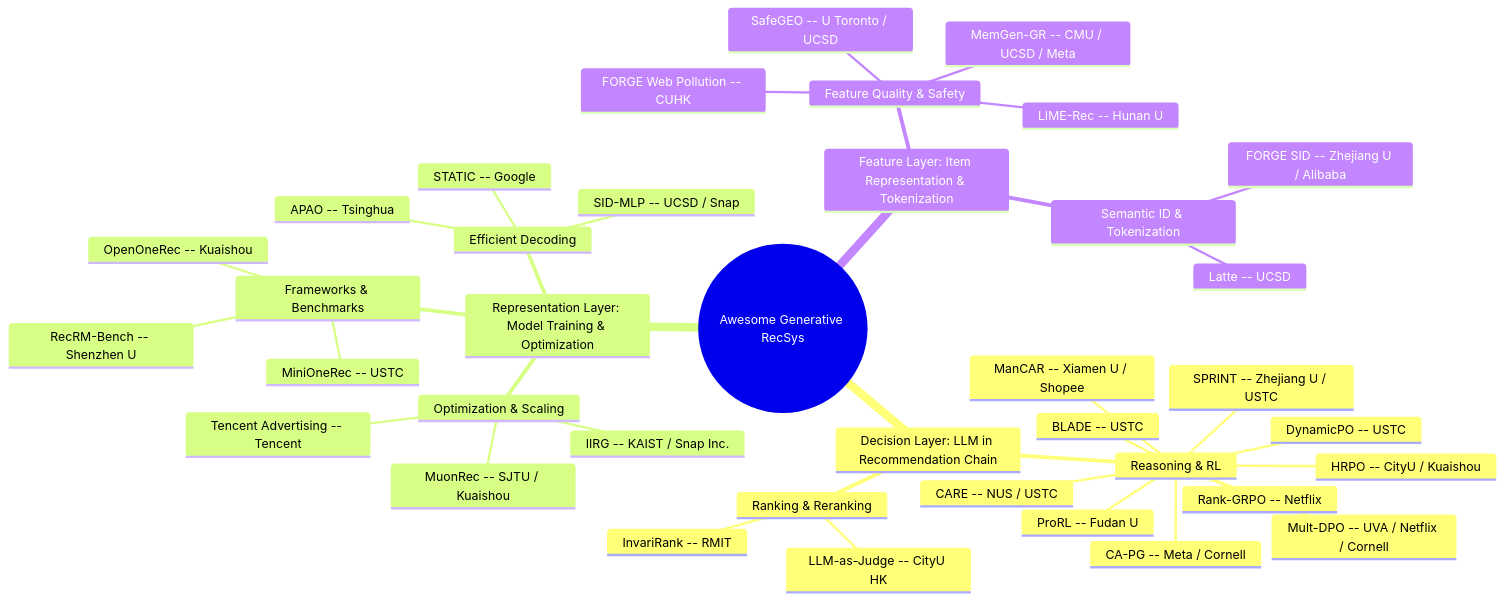
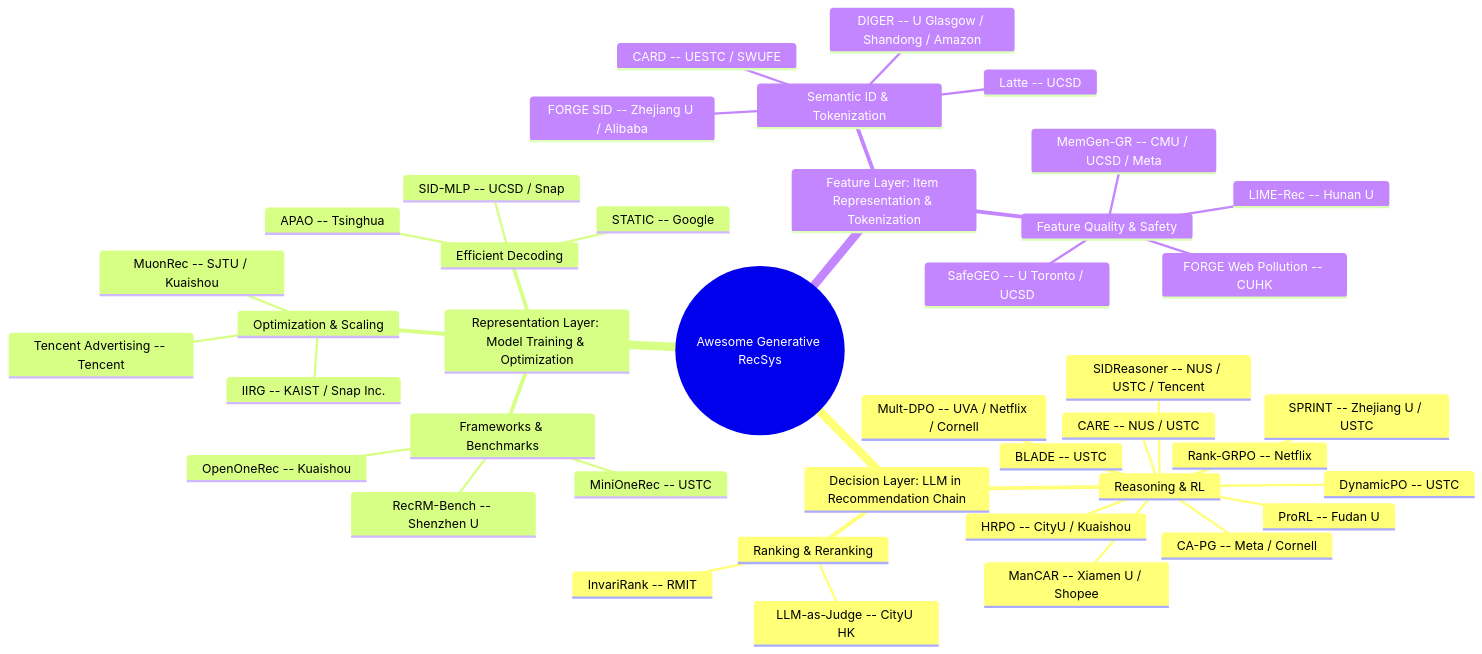
One commit to HaFred/awesome-generative-recsys changed the diagram in README.md. Above: the diagram before and after it, drawn with Mermaid. The commit also changed other lines of this file, not shown here.

````diff
--- a/README.md
+++ b/README.md
@@ -28,41 +28,44 @@
 ```mermaid
 mindmap
   root((Awesome Generative RecSys))
     Decision Layer: LLM in Recommendation Chain
       Reasoning & RL
         Rank-GRPO -- Netflix
         DynamicPO -- USTC
         BLADE -- USTC
         SPRINT -- Zhejiang U / USTC
         CARE -- NUS / USTC
         HRPO -- CityU / Kuaishou
         Mult-DPO -- UVA / Netflix / Cornell
         CA-PG -- Meta / Cornell
         ProRL -- Fudan U
         ManCAR -- Xiamen U / Shopee
+        SIDReasoner -- NUS / USTC / Tencent
       Ranking & Reranking
         InvariRank -- RMIT
         LLM-as-Judge -- CityU HK
     Representation Layer: Model Training & Optimization
       Frameworks & Benchmarks
         MiniOneRec -- USTC
         OpenOneRec -- Kuaishou
         RecRM-Bench -- Shenzhen U
       Efficient Decoding
         STATIC -- Google
         APAO -- Tsinghua
         SID-MLP -- UCSD / Snap
       Optimization & Scaling
         MuonRec -- SJTU / Kuaishou
         Tencent Advertising -- Tencent
         IIRG -- KAIST / Snap Inc.
     Feature Layer: Item Representation & Tokenization
       Semantic ID & Tokenization
         Latte -- UCSD
         FORGE SID -- Zhejiang U / Alibaba
+        DIGER -- U Glasgow / Shandong / Amazon
+        CARD -- UESTC / SWUFE
       Feature Quality & Safety
         SafeGEO -- U Toronto / UCSD
         MemGen-GR -- CMU / UCSD / Meta
         FORGE Web Pollution -- CUHK
         LIME-Rec -- Hunan U
 ```
````
